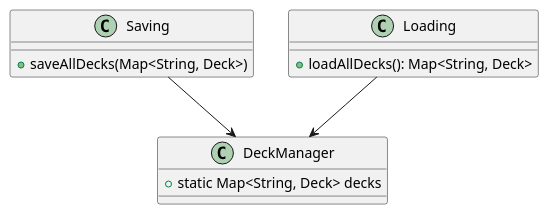
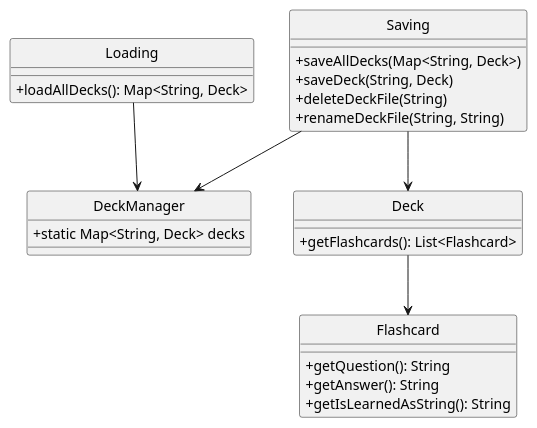
One commit to felfelyuen/tp changed the diagram in docs/diagrams/SaveClassDiagram.puml. Above: the diagram before and after it, drawn with PlantUML. The commit also changed 16 other files, not shown here.

Commit message:
edited diagrams and developer guide to include naming convention and updated diagrams

```diff
--- a/docs/diagrams/SaveClassDiagram.puml
+++ b/docs/diagrams/SaveClassDiagram.puml
@@ -1,16 +1,34 @@
 @startuml
+hide circle
+skinparam classAttributeIconSize 0
+
 class Saving {
   + saveAllDecks(Map<String, Deck>)
+  + saveDeck(String, Deck)
+  + deleteDeckFile(String)
+  + renameDeckFile(String, String)
 }
 
 class Loading {
   + loadAllDecks(): Map<String, Deck>
 }
 
 class DeckManager {
   + static Map<String, Deck> decks
 }
 
+class Deck {
+  + getFlashcards(): List<Flashcard>
+}
+
+class Flashcard {
+  + getQuestion(): String
+  + getAnswer(): String
+  + getIsLearnedAsString(): String
+}
+
 Saving --> DeckManager
+Saving --> Deck
+Deck --> Flashcard
 Loading --> DeckManager
 @enduml
```
